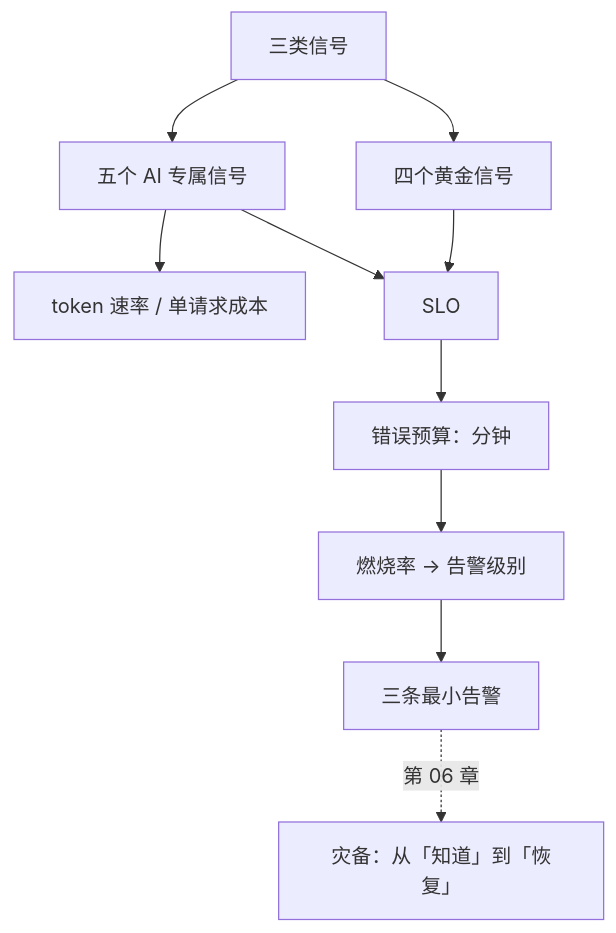
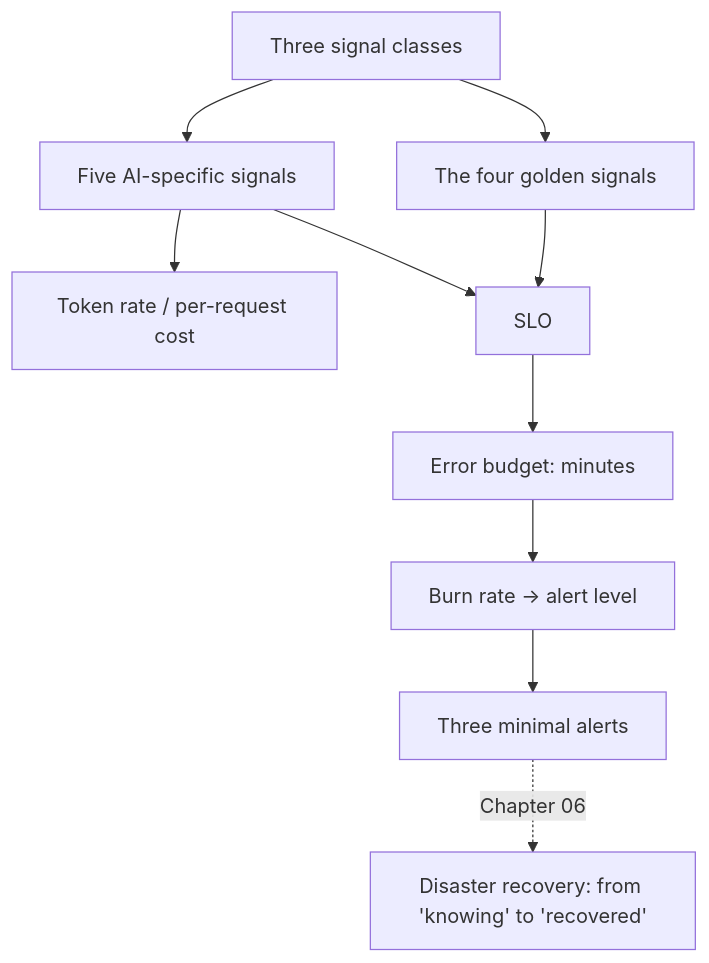
The second of 2 diagrams in phase5/chapters/ch05-observability.md (xzlxiao/vibe-coding-textbook), drawn with Mermaid before and after one commit. The commit also changed other lines of this file and 10 other files, not shown here.

````diff
--- a/phase5/chapters/ch05-observability.md
+++ b/phase5/chapters/ch05-observability.md
@@ -228,12 +228,12 @@
 ```mermaid
 flowchart TD
-    A["三类信号"] --> B["四个黄金信号"]
-    A --> C["五个 AI 专属信号"]
-    C --> D["token 速率 / 单请求成本"]
+    A["Three signal classes"] --> B["The four golden signals"]
+    A --> C["Five AI-specific signals"]
+    C --> D["Token rate / per-request cost"]
     B --> E["SLO"]
     C --> E
-    E --> F["错误预算：分钟"]
-    F --> G["燃烧率 → 告警级别"]
-    G --> H["三条最小告警"]
-    H -.->|"第 06 章"| I["灾备：从「知道」到「恢复」"]
+    E --> F["Error budget: minutes"]
+    F --> G["Burn rate → alert level"]
+    G --> H["Three minimal alerts"]
+    H -.->|"Chapter 06"| I["Disaster recovery: from 'knowing' to 'recovered'"]
 ```
````
